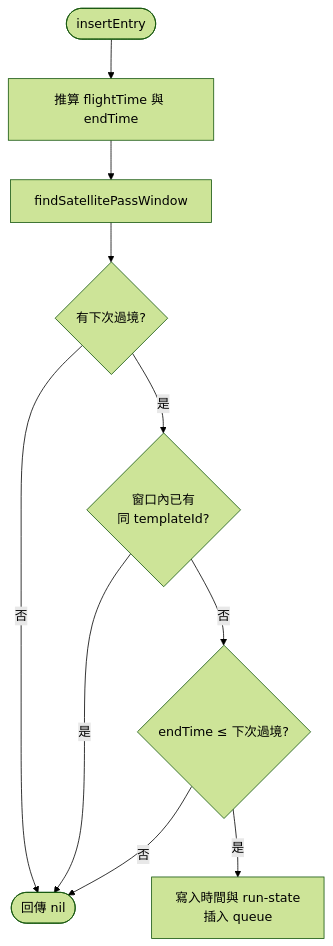
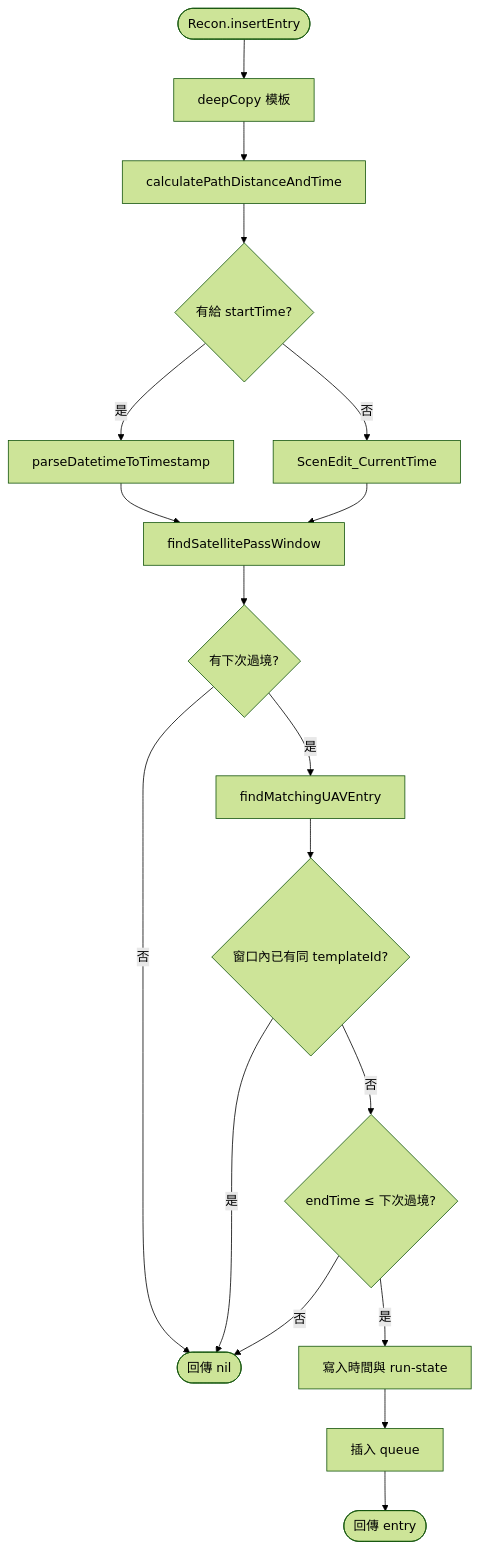
Before and after one commit to pullupjumper/formosa-in-flames: the fourth of 4 diagrams in docs/strikePlanner/recon.md, drawn with Mermaid (forest theme). The commit also changed other lines of this file and 1 other file, not shown here.

First line of the commit message:
docs(strikePlanner): record the scheduling invariants and expand the diagrams

````diff
--- a/docs/strikePlanner/recon.md
+++ b/docs/strikePlanner/recon.md
@@ -143,19 +187,29 @@
 ```mermaid
 flowchart TD
-    START(["insertEntry"])
-    CALC["推算 flightTime 與 endTime"]
+    START(["Recon.insertEntry"])
+    COPY["deepCopy 模板"]
+    FLIGHT["calculatePathDistanceAndTime"]
+    ORIGIN{"有給 startTime?"}
+    PARSE["parseDatetimeToTimestamp"]
+    NOW["ScenEdit_CurrentTime"]
     ANCHOR["findSatellitePassWindow"]
     HASNEXT{"有下次過境?"}
-    MATCH{"窗口內已有<br>同 templateId?"}
+    MATCH["findMatchingUAVEntry"]
+    DUP{"窗口內已有同 templateId?"}
     FIT{"endTime ≤ 下次過境?"}
-    INSERT["寫入時間與 run-state<br>插入 queue"]
-    SKIP(["回傳 nil"])
+    WRITE["寫入時間與 run-state"]
+    PUSH["插入 queue"]
+    OK(["回傳 entry"])
+    NIL(["回傳 nil"])
 
-    START --> CALC --> ANCHOR --> HASNEXT
-    HASNEXT -->|否| SKIP
-    HASNEXT -->|是| MATCH
-    MATCH -->|是| SKIP
-    MATCH -->|否| FIT
-    FIT -->|否| SKIP
-    FIT -->|是| INSERT
+    START --> COPY --> FLIGHT --> ORIGIN
+    ORIGIN -->|是| PARSE --> ANCHOR
+    ORIGIN -->|否| NOW --> ANCHOR
+    ANCHOR --> HASNEXT
+    HASNEXT -->|否| NIL
+    HASNEXT -->|是| MATCH --> DUP
+    DUP -->|是| NIL
+    DUP -->|否| FIT
+    FIT -->|否| NIL
+    FIT -->|是| WRITE --> PUSH --> OK
 ```
````
